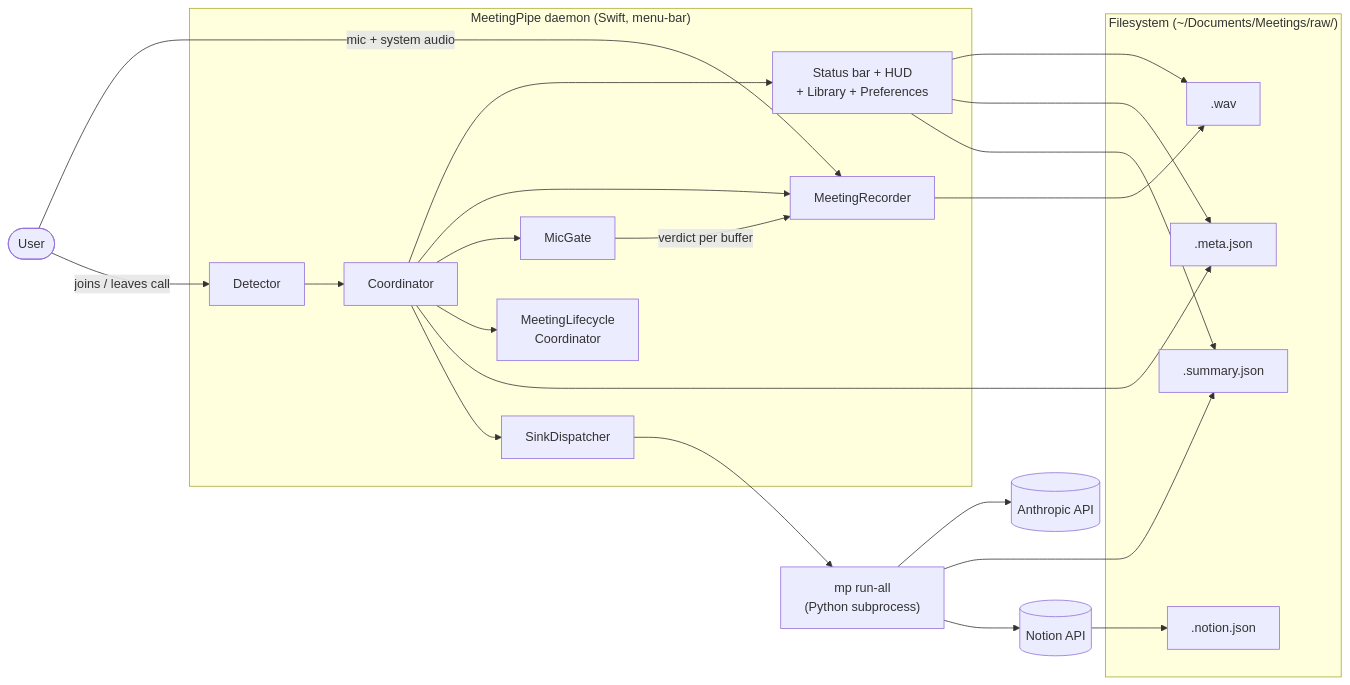
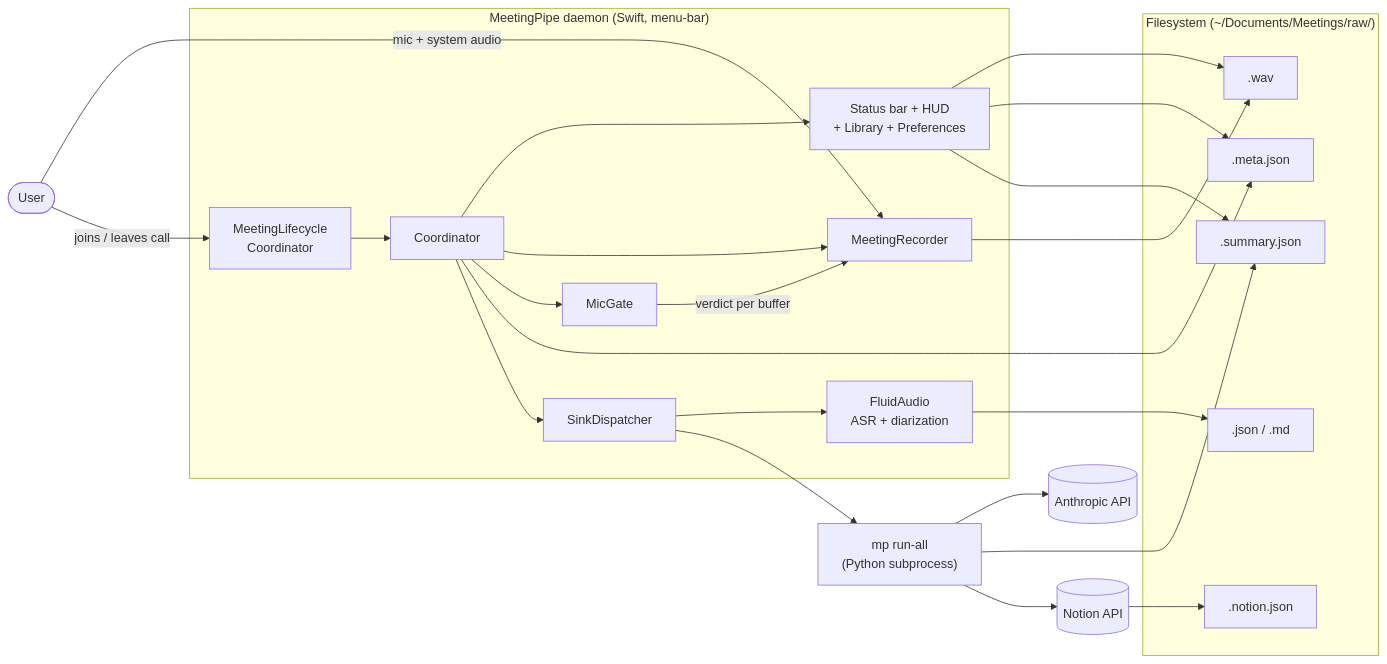
Before and after one commit to ggegelya/meeting-pipe: the first of 5 diagrams in ARCHITECTURE.md, drawn with Mermaid. The commit also changed other lines of this file and 5 other files, not shown here.

First line of the commit message:
docs: align architecture and convention docs with current subsystems

````diff
--- a/ARCHITECTURE.md
+++ b/ARCHITECTURE.md
@@ -24,42 +24,44 @@
 ```mermaid
 flowchart LR
     User([User])
     subgraph Daemon["MeetingPipe daemon (Swift, menu-bar)"]
-        Detector
+        MLC["MeetingLifecycle<br/>Coordinator"]
         Coordinator
-        MLC["MeetingLifecycle<br/>Coordinator"]
         MicGate
         Recorder["MeetingRecorder"]
+        Transcribe["FluidAudio<br/>ASR + diarization"]
         Sinks["SinkDispatcher"]
         UI["Status bar + HUD<br/>+ Library + Preferences"]
     end
     subgraph FS["Filesystem (~/Documents/Meetings/raw/)"]
         WAV[".wav"]
         Meta[".meta.json"]
+        Transcript[".json / .md"]
         Summary[".summary.json"]
         Notion[".notion.json"]
     end
     Pipeline["mp run-all<br/>(Python subprocess)"]
     Anthropic[(Anthropic API)]
     NotionAPI[(Notion API)]
 
     User -->|mic + system audio| Recorder
-    User -->|joins / leaves call| Detector
-    Detector --> Coordinator
+    User -->|joins / leaves call| MLC
+    MLC --> Coordinator
     Coordinator --> UI
     Coordinator --> Recorder
     Coordinator --> MicGate
-    Coordinator --> MLC
     MicGate -->|verdict per buffer| Recorder
     Recorder --> WAV
     Coordinator --> Meta
     Coordinator --> Sinks
+    Sinks --> Transcribe
+    Transcribe --> Transcript
     Sinks --> Pipeline
     Pipeline --> Anthropic
     Pipeline --> Summary
     Pipeline --> NotionAPI
     NotionAPI --> Notion
     UI --> WAV
     UI --> Meta
     UI --> Summary
 ```
````
